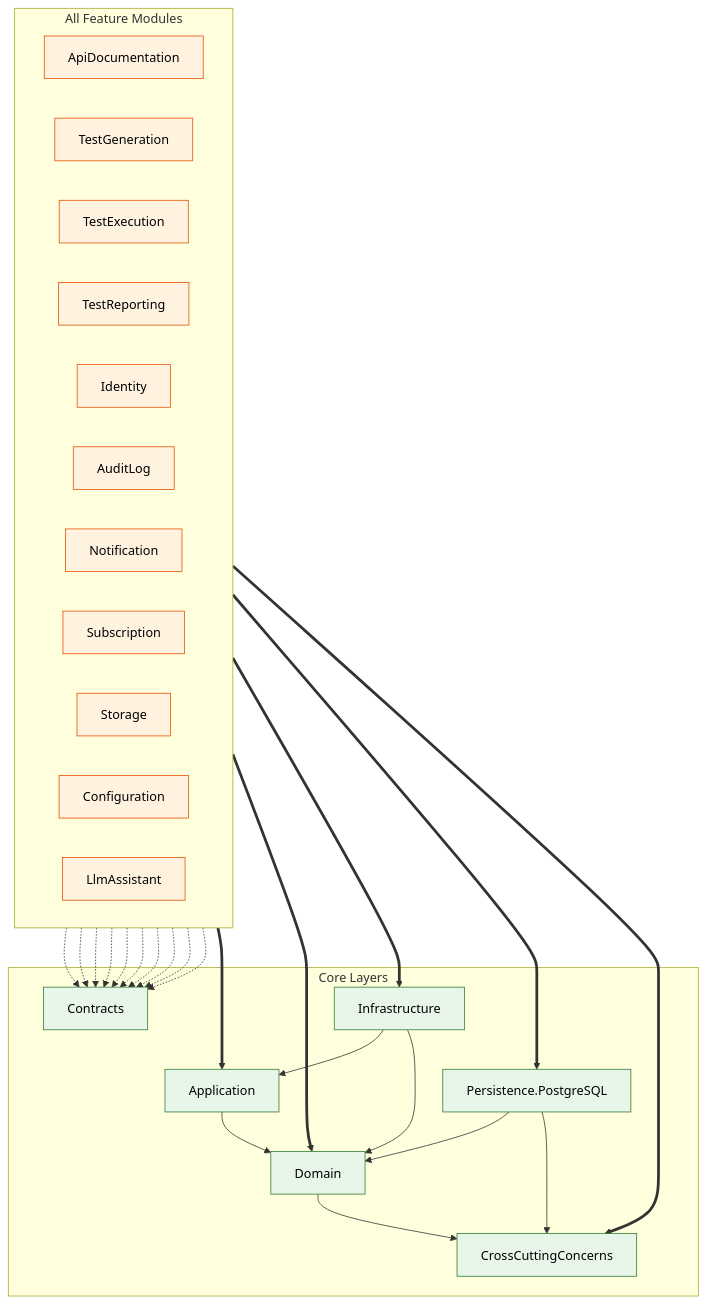
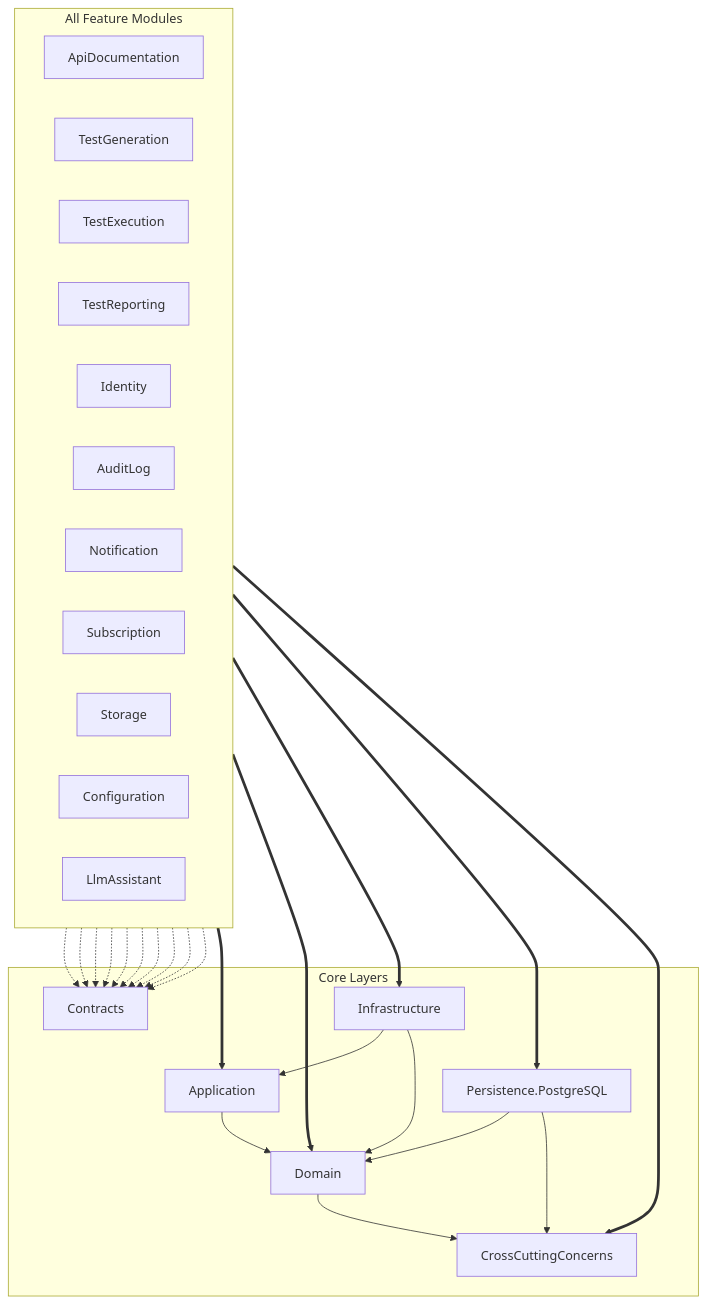
Before and after one commit to tinse-22/GSP26SE43.ModularMonolith: the fourth of 5 diagrams in docs/architecture/UML_PACKAGE_DIAGRAM_SOURCE.md, drawn with Mermaid. The commit also changed other lines of this file and 1 other file, not shown here.

````diff
--- a/docs/architecture/UML_PACKAGE_DIAGRAM_SOURCE.md
+++ b/docs/architecture/UML_PACKAGE_DIAGRAM_SOURCE.md
@@ -433,60 +279,50 @@
 ```mermaid
 flowchart TB
     subgraph Modules["All Feature Modules"]
         direction LR
         ApiDoc["ApiDocumentation"]
         TestGen["TestGeneration"]
         TestExec["TestExecution"]
         TestRep["TestReporting"]
-        Identity
-        AuditLog
-        Notification
-        Subscription
-        Storage
-        Configuration
-        LlmAssistant
+        Identity["Identity"]
+        AuditLog["AuditLog"]
+        Notification["Notification"]
+        Subscription["Subscription"]
+        Storage["Storage"]
+        Configuration["Configuration"]
+        LlmAssistant["LlmAssistant"]
     end
 
     subgraph Core["Core Layers"]
-        Application
-        Domain
-        Infrastructure
+        Application["Application"]
+        Domain["Domain"]
+        Infrastructure["Infrastructure"]
         Postgres["Persistence.PostgreSQL"]
         CCC["CrossCuttingConcerns"]
-        Contracts
+        Contracts["Contracts"]
     end
 
-    %% All modules depend on the same 5 core layers via project reference
-    %% Represented as thick edges from Modules subgraph
     Modules ==> Application
     Modules ==> Domain
     Modules ==> Infrastructure
     Modules ==> Postgres
     Modules ==> CCC
 
-    %% Module to Contracts - all except Configuration
     ApiDoc -.-> Contracts
     TestGen -.-> Contracts
     TestExec -.-> Contracts
     TestRep -.-> Contracts
     Identity -.-> Contracts
     AuditLog -.-> Contracts
     Notification -.-> Contracts
     Subscription -.-> Contracts
     Storage -.-> Contracts
     LlmAssistant -.-> Contracts
 
-    %% Core internal layering
     Application --> Domain
     Domain --> CCC
     Infrastructure --> Application
     Infrastructure --> Domain
     Postgres --> Domain
     Postgres --> CCC
-
-    classDef module fill:#FFF3E0,stroke:#E65100,color:#000
-    classDef core fill:#E8F5E9,stroke:#2E7D32,color:#000
-
-    class ApiDoc,TestGen,TestExec,TestRep,Identity,AuditLog,Notification,Subscription,Storage,Configuration,LlmAssistant module
-    class Application,Domain,Infrastructure,Postgres,CCC,Contracts core
 ```
````
